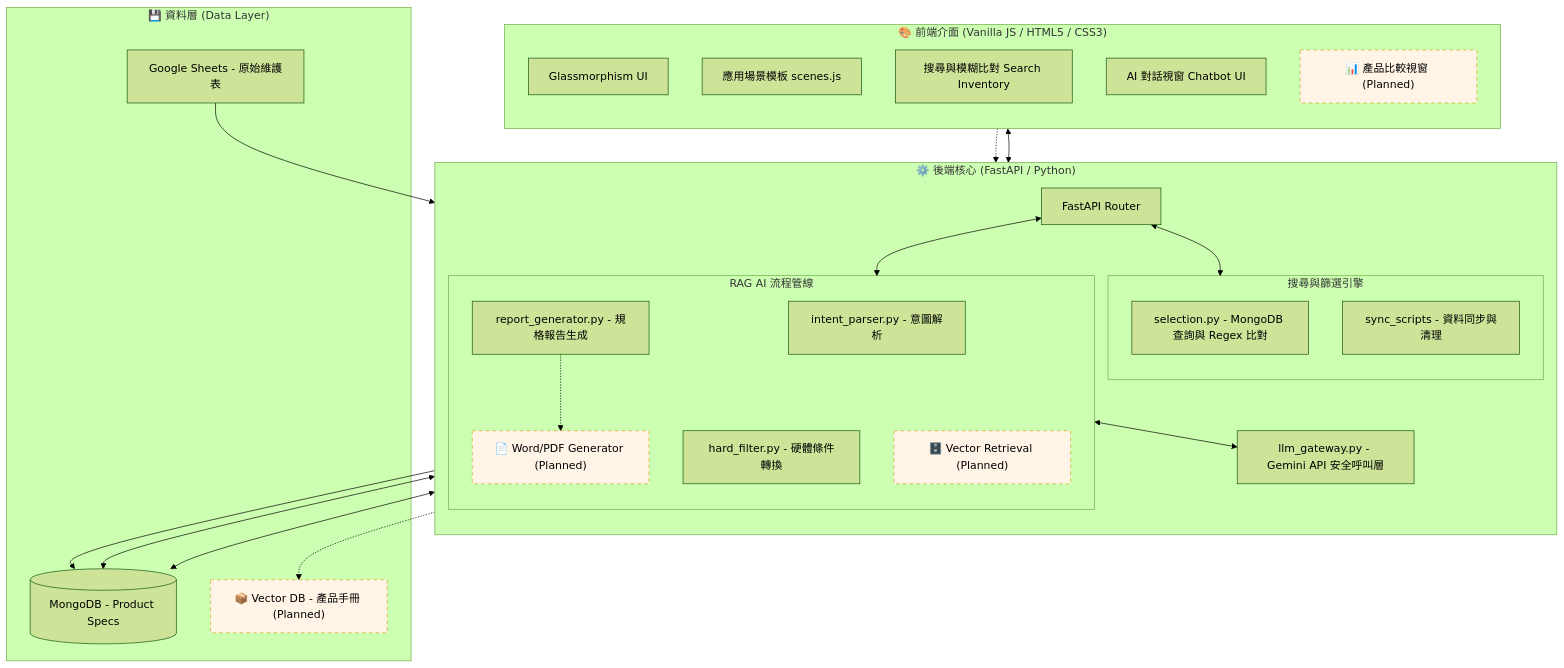
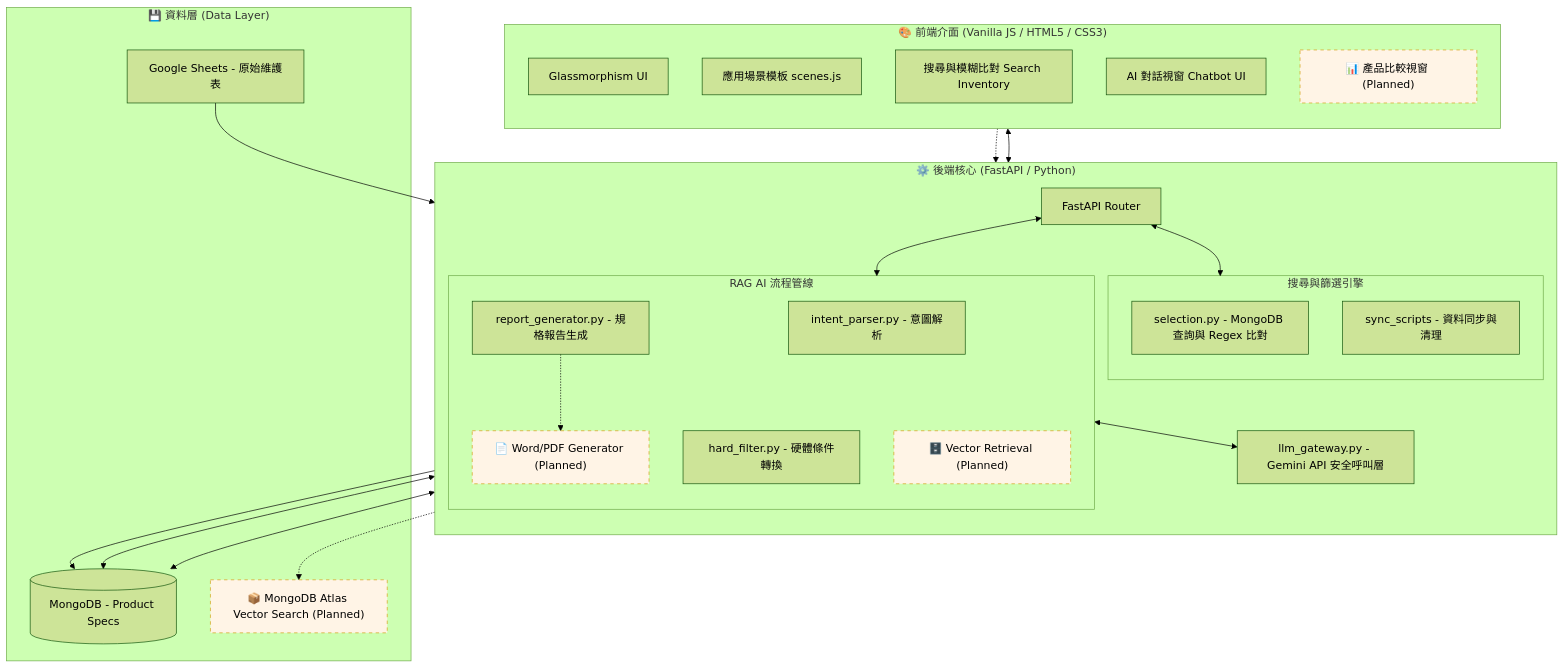
One commit to jim6501/Advantech-AI-Selection-Tool changed the first of 4 diagrams in Plan/architecture_diagram.md. Above: the diagram before and after it, drawn with Mermaid (forest theme). The commit also changed other lines of this file and 28 other files, not shown here.

````diff
--- a/Plan/architecture_diagram.md
+++ b/Plan/architecture_diagram.md
@@ -5,58 +5,58 @@
 ```mermaid
 graph TB
     subgraph Frontend ["🎨 前端介面 (Vanilla JS / HTML5 / CSS3)"]
         direction TB
         UI[Glassmorphism UI]
         ST[應用場景模板 scenes.js]
         SI[搜尋與模糊比對 Search Inventory]
         CHAT[AI 對話視窗 Chatbot UI]
         COMP["📊 產品比較視窗 (Planned)"]
         
         style COMP stroke-dasharray: 5 5, fill:#fff4e6, stroke:#d4a017
     end
 
     subgraph Backend ["⚙️ 後端核心 (FastAPI / Python)"]
         direction TB
         API[FastAPI Router]
         
         subgraph Logic ["搜尋與篩選引擎"]
             SEL[selection.py - MongoDB 查詢與 Regex 比對]
             SYNC[sync_scripts - 資料同步與清理]
         end
 
         subgraph RAG ["RAG AI 流程管線"]
             IP[intent_parser.py - 意圖解析]
             HF[hard_filter.py - 硬體條件轉換]
             RG[report_generator.py - 規格報告生成]
             VEC["🗄️ Vector Retrieval (Planned)"]
             PDF["📄 Word/PDF Generator (Planned)"]
             
             style VEC stroke-dasharray: 5 5, fill:#fff4e6, stroke:#d4a017
             style PDF stroke-dasharray: 5 5, fill:#fff4e6, stroke:#d4a017
         end
         
         GW[llm_gateway.py - Gemini API 安全呼叫層]
     end
 
     subgraph Data ["💾 資料層 (Data Layer)"]
         MDB[(MongoDB - Product Specs)]
         GS[Google Sheets - 原始維護表]
-        VDB["📦 Vector DB - 產品手冊 (Planned)"]
+        VDB["📦 MongoDB Atlas Vector Search (Planned)"]
         
         style VDB stroke-dasharray: 5 5, fill:#fff4e6, stroke:#d4a017
     end
 
     %% 連線關係
     GS --> SYNC --> MDB
     Frontend <--> API
     API <--> Logic
     API <--> RAG
     Logic <--> MDB
     RAG <--> GW
     RAG <--> MDB
     
     %% 未來連線
     VEC -.-> VDB
     CHAT -.-> VEC
     RG -.-> PDF
 ```
````
